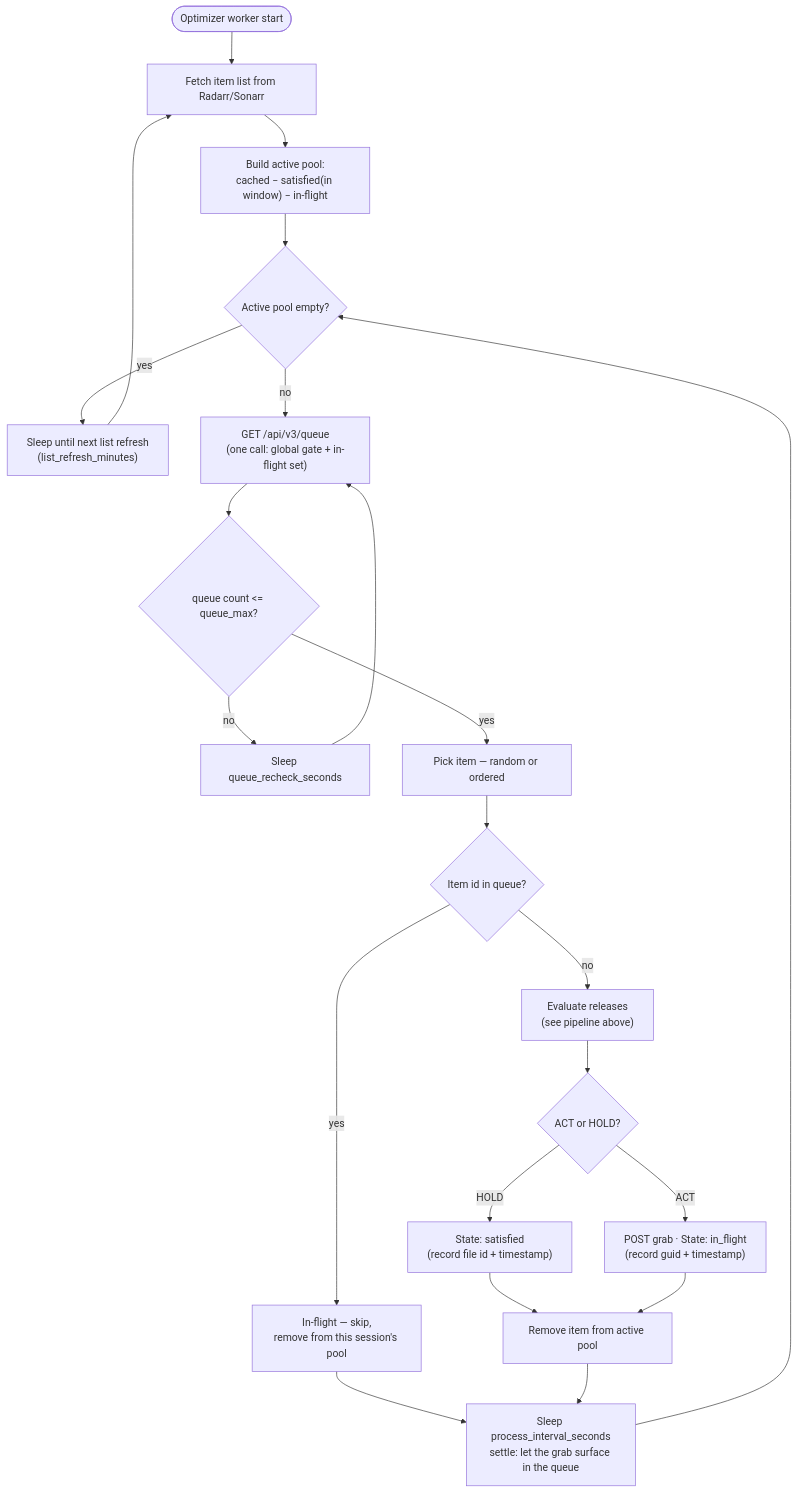
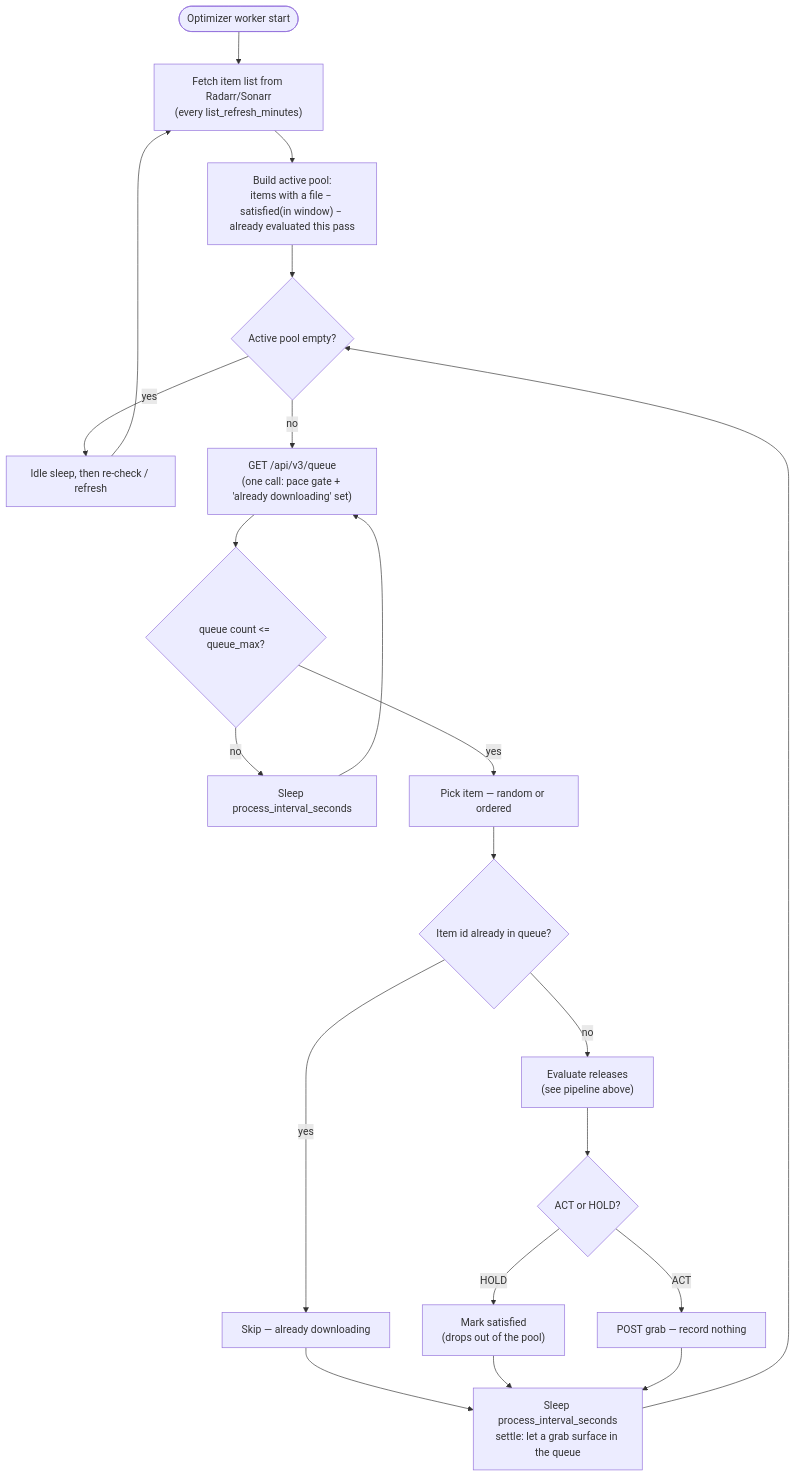
One commit to patrix87/stalearr changed the second of 3 diagrams in docs/optimizer-design.md. Above: the diagram before and after it, drawn with Mermaid. The commit also changed other lines of this file and 8 other files, not shown here.

````diff
--- a/docs/optimizer-design.md
+++ b/docs/optimizer-design.md
@@ -72,24 +72,23 @@
 ```mermaid
 flowchart TD
-    Start(["Optimizer worker start"]) --> Refresh["Fetch item list from Radarr/Sonarr"]
-    Refresh --> Pool["Build active pool:<br/>cached − satisfied(in window) − in-flight"]
+    Start(["Optimizer worker start"]) --> Refresh["Fetch item list from Radarr/Sonarr<br/>(every list_refresh_minutes)"]
+    Refresh --> Pool["Build active pool:<br/>items with a file − satisfied(in window) − already evaluated this pass"]
     Pool --> Empty{"Active pool empty?"}
-    Empty -->|yes| Idle["Sleep until next list refresh<br/>(list_refresh_minutes)"]
+    Empty -->|yes| Idle["Idle sleep, then re-check / refresh"]
     Idle --> Refresh
-    Empty -->|no| Q["GET /api/v3/queue<br/>(one call: global gate + in-flight set)"]
+    Empty -->|no| Q["GET /api/v3/queue<br/>(one call: pace gate + 'already downloading' set)"]
     Q --> Gate{"queue count <= queue_max?"}
-    Gate -->|no| WaitQ["Sleep queue_recheck_seconds"]
+    Gate -->|no| WaitQ["Sleep process_interval_seconds"]
     WaitQ --> Q
     Gate -->|yes| Pick["Pick item — random or ordered"]
-    Pick --> InFlight{"Item id in queue?"}
-    InFlight -->|yes| Drop["In-flight — skip,<br/>remove from this session's pool"]
-    Drop --> Settle
-    InFlight -->|no| Eval["Evaluate releases<br/>(see pipeline above)"]
+    Pick --> Dl{"Item id already in queue?"}
+    Dl -->|yes| Skip["Skip — already downloading"]
+    Skip --> Settle
+    Dl -->|no| Eval["Evaluate releases<br/>(see pipeline above)"]
     Eval --> Decide{"ACT or HOLD?"}
-    Decide -->|HOLD| Sat["State: satisfied<br/>(record file id + timestamp)"]
-    Decide -->|ACT| Grab["POST grab · State: in_flight<br/>(record guid + timestamp)"]
-    Sat --> RemovePool["Remove item from active pool"]
-    Grab --> RemovePool
-    RemovePool --> Settle["Sleep process_interval_seconds<br/>settle: let the grab surface in the queue"]
+    Decide -->|HOLD| Sat["Mark satisfied<br/>(drops out of the pool)"]
+    Decide -->|ACT| Grab["POST grab — record nothing"]
+    Sat --> Settle["Sleep process_interval_seconds<br/>settle: let a grab surface in the queue"]
+    Grab --> Settle
     Settle --> Empty
 ```
````
